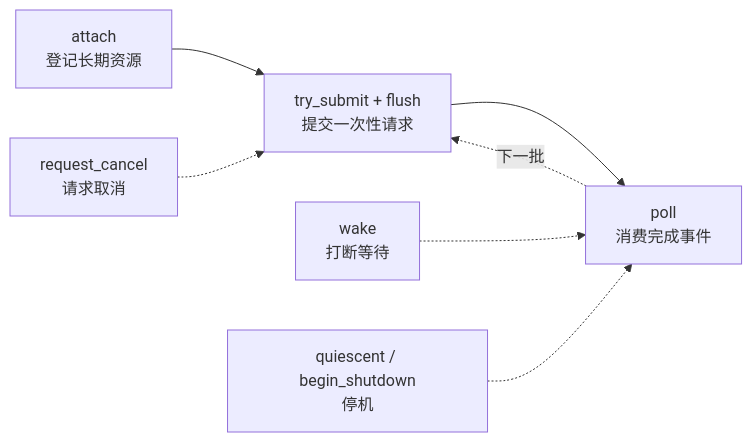
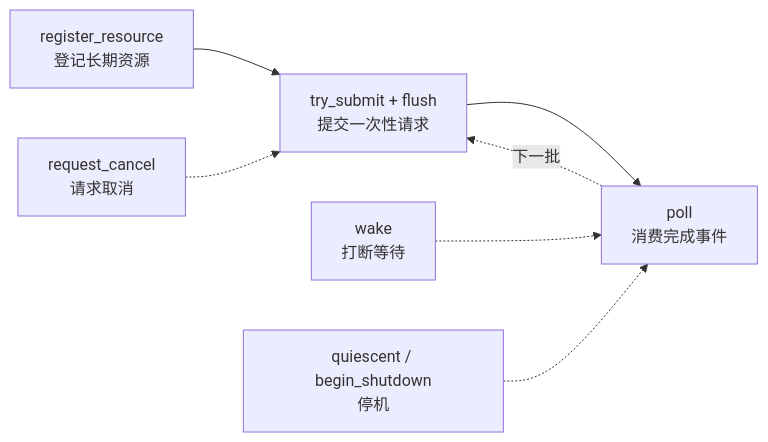
The sixth of 19 diagrams in docs/异步IO.md (superlxh02/faio), drawn with Mermaid before and after one commit. The commit also changed other lines of this file and 24 other files, not shown here.

````diff
--- a/docs/异步IO.md
+++ b/docs/异步IO.md
@@ -1097,9 +1097,9 @@
 ```mermaid
 flowchart LR
-    A["attach<br/>登记长期资源"] --> B["try_submit + flush<br/>提交一次性请求"]
+    A["register_resource<br/>登记长期资源"] --> B["try_submit + flush<br/>提交一次性请求"]
     B --> C["poll<br/>消费完成事件"]
     C -.->|"下一批"| B
     W["wake<br/>打断等待"] -.-> C
     X["request_cancel<br/>请求取消"] -.-> B
     Q["quiescent / begin_shutdown<br/>停机"] -.-> C
 ```
````
